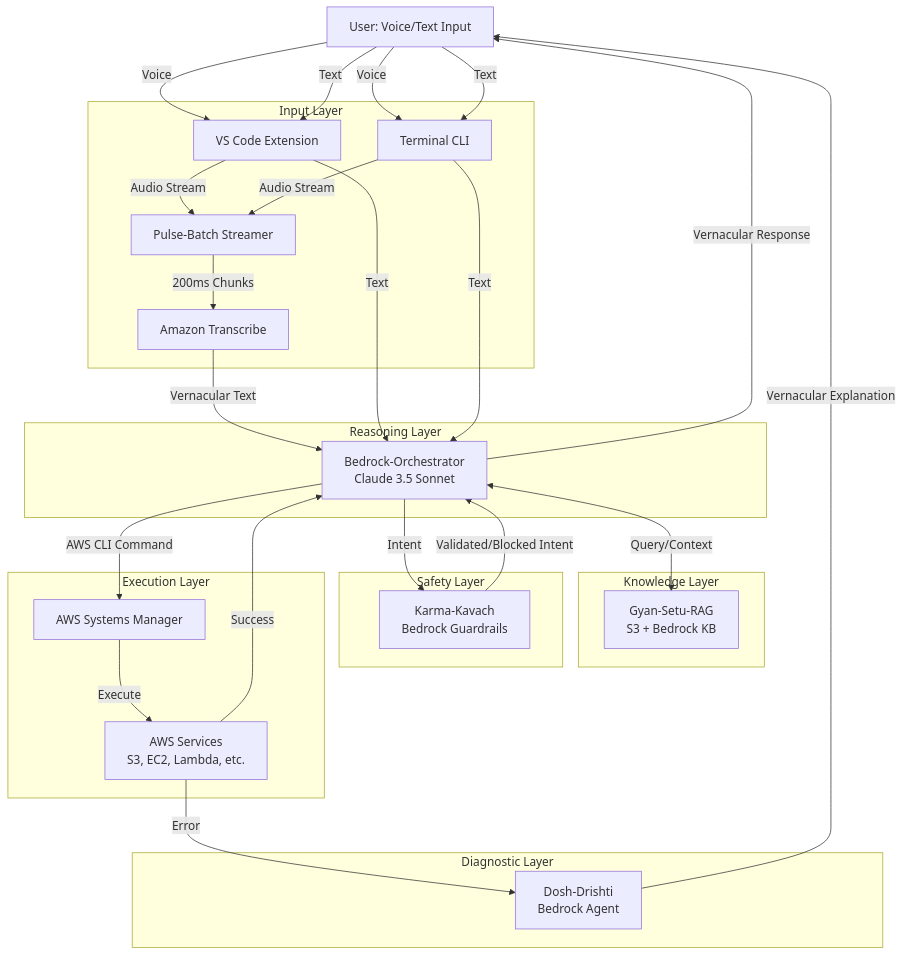
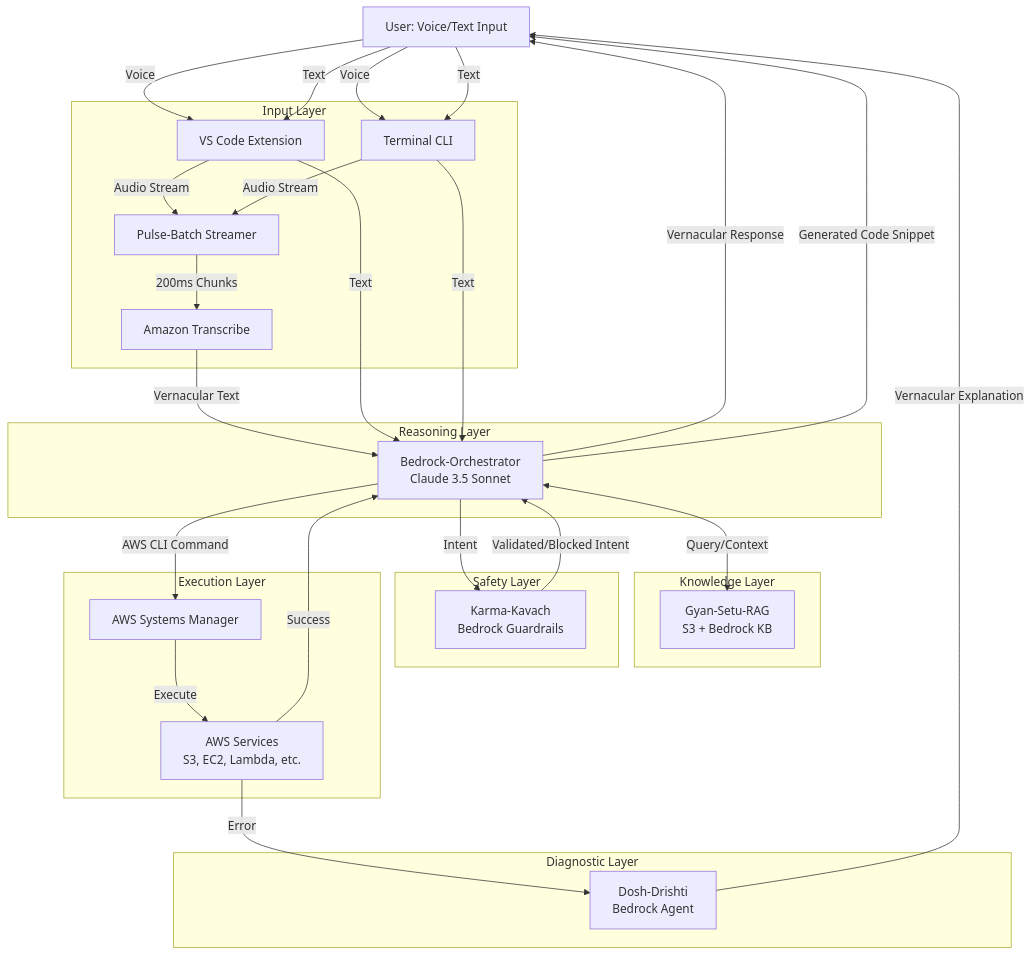
Before and after one commit to ashb155/aws-devsarathi: the diagram in .kiro/specs/dev-sarathi-core/design.md, drawn with Mermaid. The commit also changed other lines of this file, not shown here.

````diff
--- a/.kiro/specs/dev-sarathi-core/design.md
+++ b/.kiro/specs/dev-sarathi-core/design.md
@@ -19,58 +19,59 @@
 ```mermaid
 graph TB
     User[User: Voice/Text Input]
     
     subgraph "Input Layer"
         VSCode[VS Code Extension]
         CLI[Terminal CLI]
         PulseBatch[Pulse-Batch Streamer]
         Transcribe[Amazon Transcribe]
     end
     
     subgraph "Reasoning Layer"
         Orchestrator[Bedrock-Orchestrator<br/>Claude 3.5 Sonnet]
     end
     
     subgraph "Knowledge Layer"
         RAG[Gyan-Setu-RAG<br/>S3 + Bedrock KB]
     end
     
     subgraph "Safety Layer"
         Guardrails[Karma-Kavach<br/>Bedrock Guardrails]
     end
     
     subgraph "Execution Layer"
         SSM[AWS Systems Manager]
         AWSServices[AWS Services<br/>S3, EC2, Lambda, etc.]
     end
     
     subgraph "Diagnostic Layer"
         Drishti[Dosh-Drishti<br/>Bedrock Agent]
     end
     
     User -->|Voice| VSCode
     User -->|Voice| CLI
     User -->|Text| VSCode
     User -->|Text| CLI
     
     VSCode -->|Audio Stream| PulseBatch
     CLI -->|Audio Stream| PulseBatch
     PulseBatch -->|200ms Chunks| Transcribe
     Transcribe -->|Vernacular Text| Orchestrator
     
     VSCode -->|Text| Orchestrator
     CLI -->|Text| Orchestrator
     
     Orchestrator <-->|Query/Context| RAG
     Orchestrator -->|Intent| Guardrails
     Guardrails -->|Validated/Blocked Intent| Orchestrator
   
     
     Orchestrator -->|AWS CLI Command| SSM
     SSM -->|Execute| AWSServices
     AWSServices -->|Success| Orchestrator
     AWSServices -->|Error| Drishti
     
     Drishti -->|Vernacular Explanation| User
     Orchestrator -->|Vernacular Response| User
+    Orchestrator -->|Generated Code Snippet| User
 ```
````
